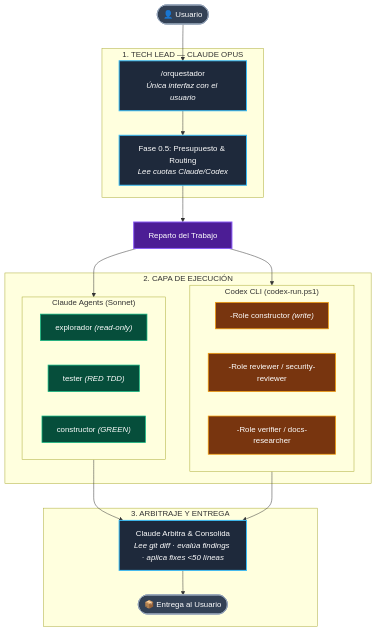
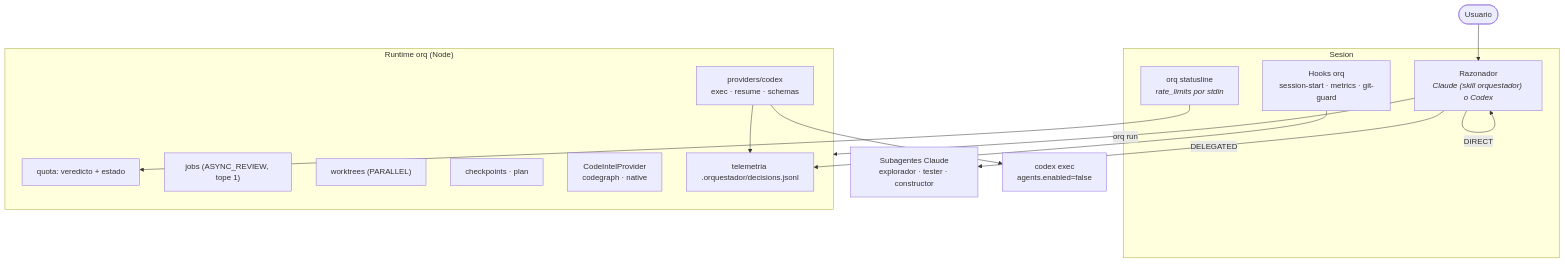
One commit to Javier12301/ClaudeGPT changed the first of 2 diagrams in docs/SYSTEM.md. Above: the diagram before and after it, drawn with Mermaid. The commit also changed other lines of this file and 109 other files, not shown here.

````diff
--- a/docs/SYSTEM.md
+++ b/docs/SYSTEM.md
@@ -440,50 +320,25 @@
 ```mermaid
 flowchart TD
-    USR([👤 Usuario]) --> TL
-
-    subgraph LEAD["1. TECH LEAD — CLAUDE OPUS"]
-        TL["/orquestador<br/><i>Única interfaz con el usuario</i>"]
-        F05["Fase 0.5: Presupuesto & Routing<br/><i>Lee cuotas Claude/Codex</i>"]
-        TL --> F05
+    USR([Usuario]) --> R
+    subgraph S["Sesion"]
+        R["Razonador<br/><i>Claude (skill orquestador) o Codex</i>"]
+        H["Hooks orq<br/>session-start · metrics · git-guard"]
+        SL["orq statusline<br/><i>rate_limits por stdin</i>"]
     end
-
-    F05 --> DISP["Reparto del Trabajo"]
-
-    subgraph EXEC["2. CAPA DE EJECUCIÓN"]
-        subgraph CL["Claude Agents (Sonnet)"]
-            EXP["explorador <i>(read-only)</i>"]
-            TST["tester <i>(RED TDD)</i>"]
-            CON["constructor <i>(GREEN)</i>"]
-        end
-
-        subgraph CX["Codex CLI (codex-run.ps1)"]
-            CXC["-Role constructor <i>(write)</i>"]
-            CXR["-Role reviewer / security-reviewer"]
-            CXV["-Role verifier / docs-researcher"]
-        end
+    R -->|DIRECT| R
+    R -->|DELEGATED| SA["Subagentes Claude<br/>explorador · tester · constructor"]
+    R -->|"orq run"| RT
+    subgraph RT["Runtime orq (Node)"]
+        Q["quota: veredicto + estado"]
+        CX["providers/codex<br/>exec · resume · schemas"]
+        J["jobs (ASYNC_REVIEW, tope 1)"]
+        W["worktrees (PARALLEL)"]
+        CK["checkpoints · plan"]
+        CI["CodeIntelProvider<br/>codegraph · native"]
+        T["telemetria .orquestador/decisions.jsonl"]
     end
-
-    DISP --> CL
-    DISP --> CX
-
-    CL --> ARB
-    CX --> ARB
-
-    subgraph FINAL["3. ARBITRAJE Y ENTREGA"]
-        ARB["Claude Arbitra & Consolida<br/><i>Lee git diff · evalúa findings · aplica fixes &lt;50 líneas</i>"]
-        OUT([📦 Entrega al Usuario])
-        ARB --> OUT
-    end
-
-    classDef lead fill:#1e293b,stroke:#38bdf8,stroke-width:2px,color:#ffffff
-    classDef claude fill:#064e3b,stroke:#10b981,stroke-width:1.5px,color:#ffffff
-    classDef codex fill:#78350f,stroke:#f59e0b,stroke-width:1.5px,color:#ffffff
-    classDef gate fill:#4c1d95,stroke:#8b5cf6,stroke-width:2px,color:#ffffff
-    classDef io fill:#334155,stroke:#94a3b8,stroke-width:2px,color:#ffffff
-
-    class TL,F05,ARB lead
-    class EXP,TST,CON claude
-    class CXC,CXR,CXV codex
-    class DISP gate
-    class USR,OUT io
+    CX --> CODEX["codex exec<br/>agents.enabled=false"]
+    SL --> Q
+    H --> T
+    CX --> T
 ```
````
